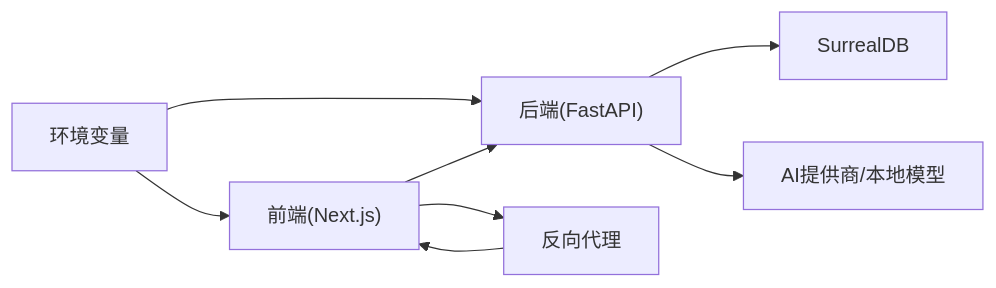
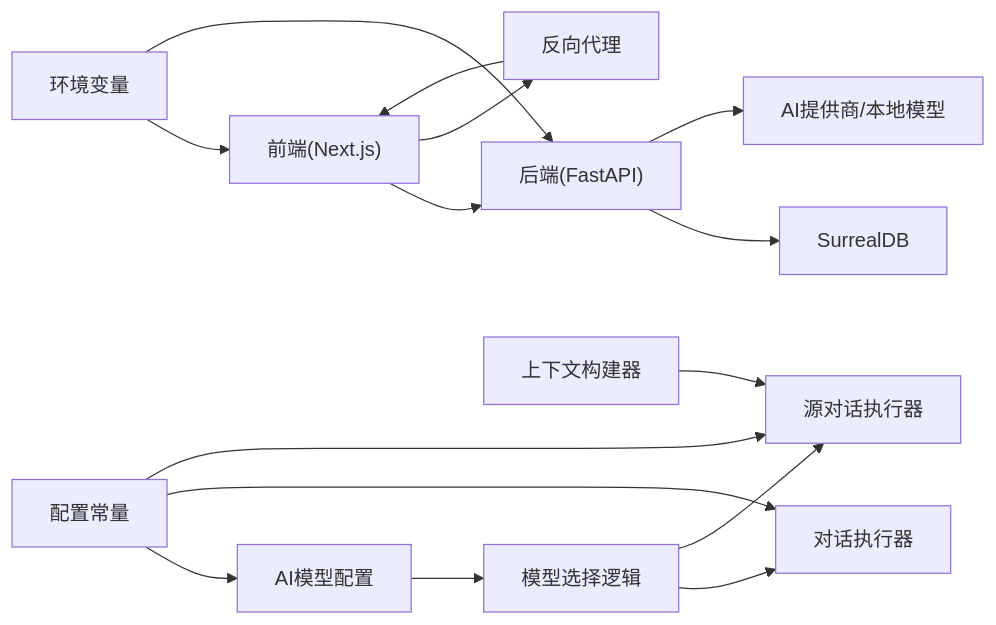
One commit to jackeyunjie/open-notebook changed diagram 12 of 12 in .qoder/repowiki/zh/content/配置管理/配置管理.md. Above: the diagram before and after it, drawn with Mermaid. The commit also changed other lines of this file and 51 other files, not shown here.

````diff
--- a/.qoder/repowiki/zh/content/配置管理/配置管理.md
+++ b/.qoder/repowiki/zh/content/配置管理/配置管理.md
@@ -302,10 +546,17 @@
 ```mermaid
 graph LR
 ENV["环境变量"] --> FE["前端(Next.js)"]
 ENV --> BE["后端(FastAPI)"]
+CFG["配置常量"] --> MODELS["AI模型配置"]
+CFG --> CHAT["对话执行器"]
+CFG --> SOURCECHAT["源对话执行器"]
+MODELS --> PROVISION["模型选择逻辑"]
+PROVISION --> CHAT
+PROVISION --> SOURCECHAT
+CONTEXT["上下文构建器"] --> SOURCECHAT
 FE --> BE
 BE --> DB["SurrealDB"]
 BE --> LLM["AI提供商/本地模型"]
 FE --> RP["反向代理"]
 RP --> FE
 ```
````
